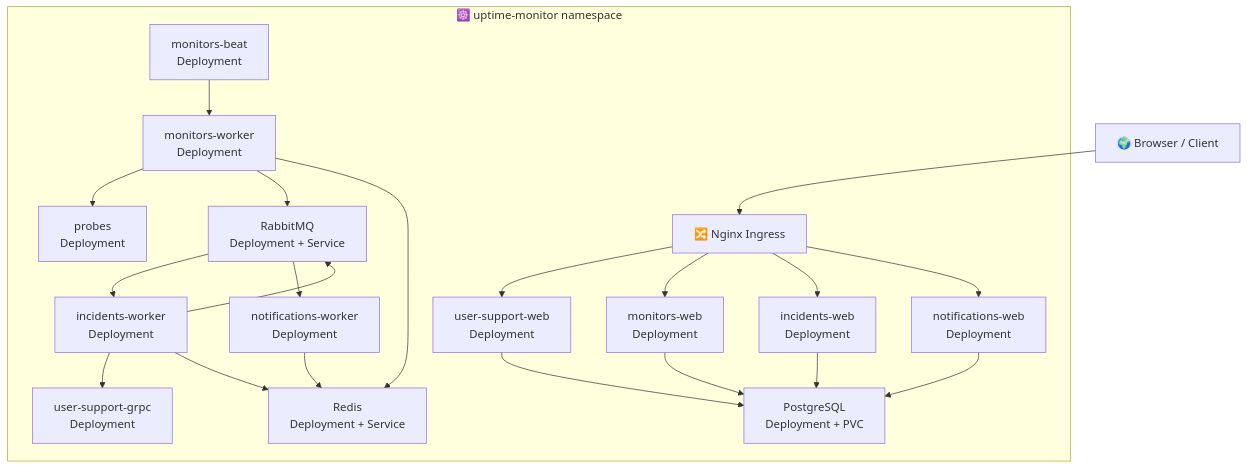
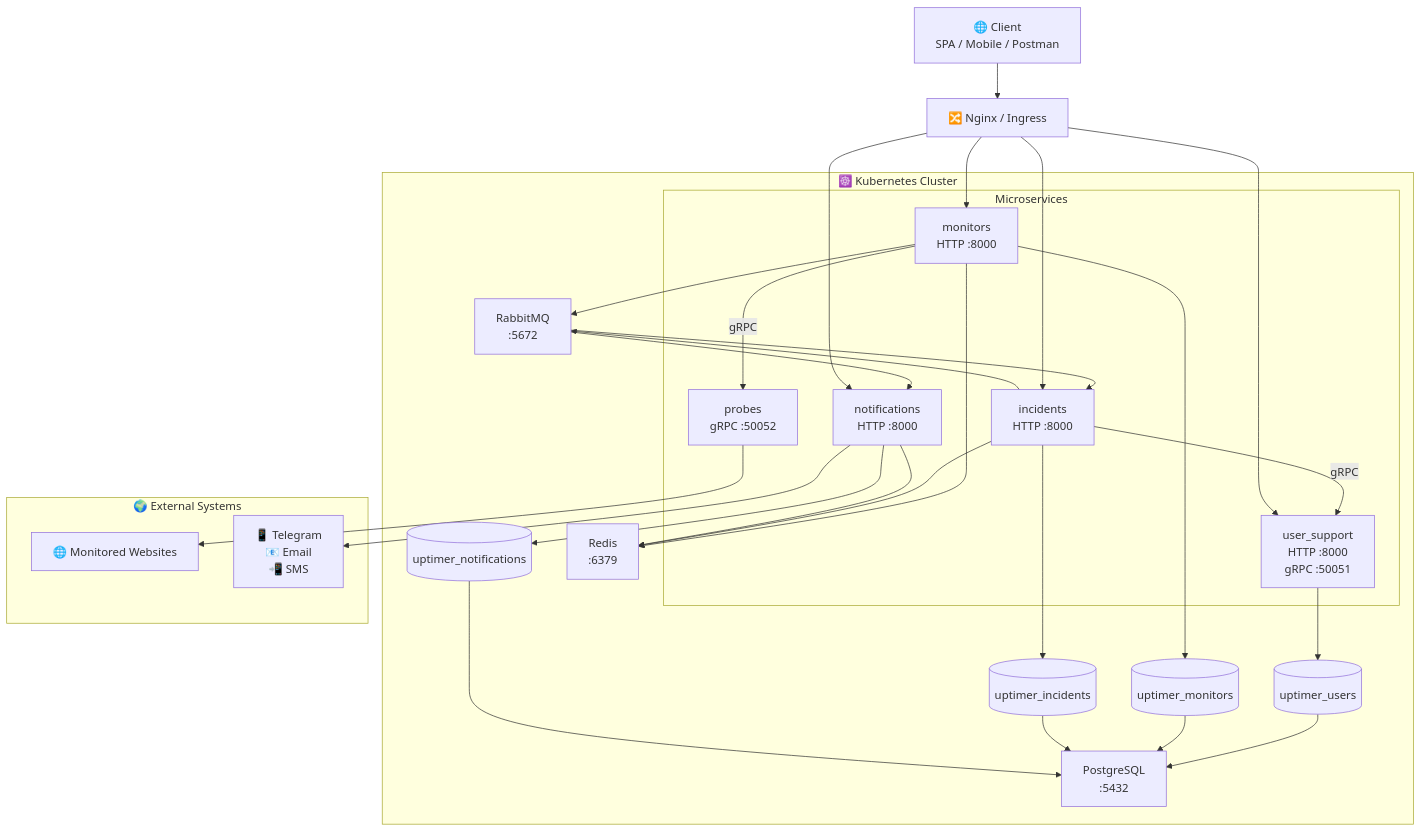
Before and after one commit to x1ryrgg/uptime_motinor_app: the second of 2 diagrams in README.md, drawn with Mermaid. The commit also changed other lines of this file, not shown here.

Commit message:
readme k8s

````diff
--- a/README.md
+++ b/README.md
@@ -202,56 +226,76 @@
 ```mermaid
 flowchart TB
 
-    Internet["🌍 Browser / Client"]
+    Client["🌐 Client<br/>SPA / Mobile / Postman"]
 
-    Ingress["🔀 Nginx Ingress"]
+    Nginx["🔀 Nginx / Ingress"]
 
-    Internet --> Ingress
+    Client --> Nginx
 
-    subgraph K8S["☸️ uptime-monitor namespace"]
+    subgraph Kubernetes["☸️ Kubernetes Cluster"]
 
-        US["user-support-web<br/>Deployment"]
-        USG["user-support-grpc<br/>Deployment"]
+        subgraph Services["Microservices"]
 
-        MON["monitors-web<br/>Deployment"]
-        MONW["monitors-worker<br/>Deployment"]
-        MONB["monitors-beat<br/>Deployment"]
+            US["user_support<br/>HTTP :8000<br/>gRPC :50051"]
 
-        PROBES["probes<br/>Deployment"]
+            MON["monitors<br/>HTTP :8000"]
 
-        INC["incidents-web<br/>Deployment"]
-        INCW["incidents-worker<br/>Deployment"]
+            PROBES["probes<br/>gRPC :50052"]
 
-        NOT["notifications-web<br/>Deployment"]
-        NOTW["notifications-worker<br/>Deployment"]
+            INC["incidents<br/>HTTP :8000"]
 
-        Rabbit["RabbitMQ<br/>Deployment + Service"]
-        Redis["Redis<br/>Deployment + Service"]
+            NOTIF["notifications<br/>HTTP :8000"]
 
-        PG["PostgreSQL<br/>Deployment + PVC"]
+        end
 
-        Ingress --> US
-        Ingress --> MON
-        Ingress --> INC
-        Ingress --> NOT
+        Rabbit["RabbitMQ<br/>:5672"]
 
-        MONW --> PROBES
-        MONB --> MONW
+        Redis["Redis<br/>:6379"]
 
-        MONW --> Rabbit
-        Rabbit --> INCW
-        INCW --> Rabbit
-        Rabbit --> NOTW
+        Postgres["PostgreSQL<br/>:5432"]
 
-        INCW --> USG
+        US_DB[("uptimer_users")]
+        MON_DB[("uptimer_monitors")]
+        INC_DB[("uptimer_incidents")]
+        NOTIF_DB[("uptimer_notifications")]
 
-        MONW --> Redis
-        INCW --> Redis
-        NOTW --> Redis
+        US --> US_DB
+        MON --> MON_DB
+        INC --> INC_DB
+        NOTIF --> NOTIF_DB
 
-        US --> PG
-        MON --> PG
-        INC --> PG
-        NOT --> PG
+        MON --> Rabbit
+        Rabbit --> INC
+        INC --> Rabbit
+        Rabbit --> NOTIF
+
+        MON -->|"gRPC"| PROBES
+        INC -->|"gRPC"| US
+
+        MON --> Redis
+        INC --> Redis
+        NOTIF --> Redis
+
+        US_DB --> Postgres
+        MON_DB --> Postgres
+        INC_DB --> Postgres
+        NOTIF_DB --> Postgres
     end
+
+    subgraph External["🌍 External Systems"]
+
+        Sites["🌐 Monitored Websites"]
+
+        Providers["📱 Telegram<br/>📧 Email<br/>📲 SMS"]
+
+    end
+
+    Nginx --> US
+    Nginx --> MON
+    Nginx --> INC
+    Nginx --> NOTIF
+
+    PROBES --> Sites
+
+    NOTIF --> Providers
 ```
````
